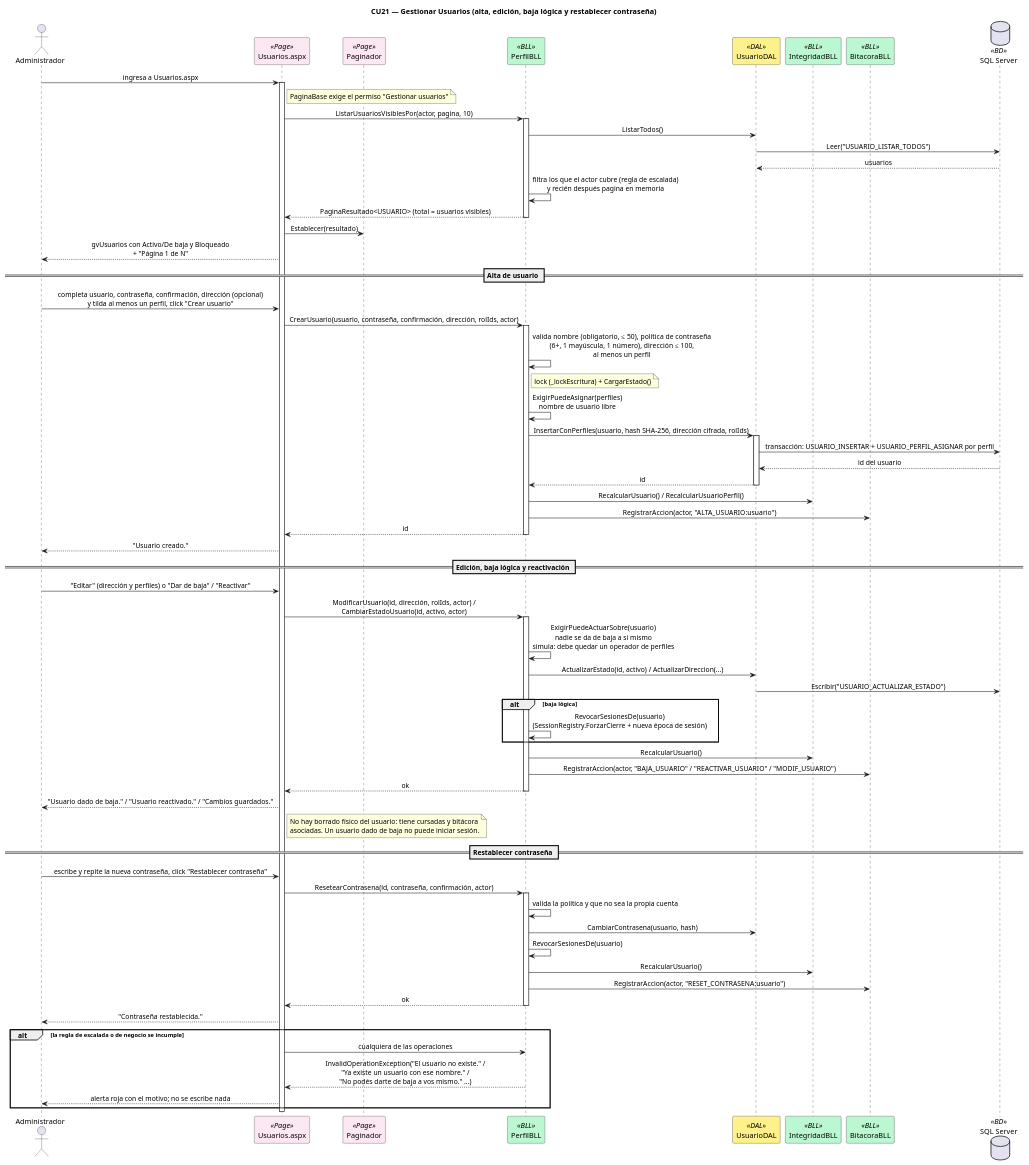
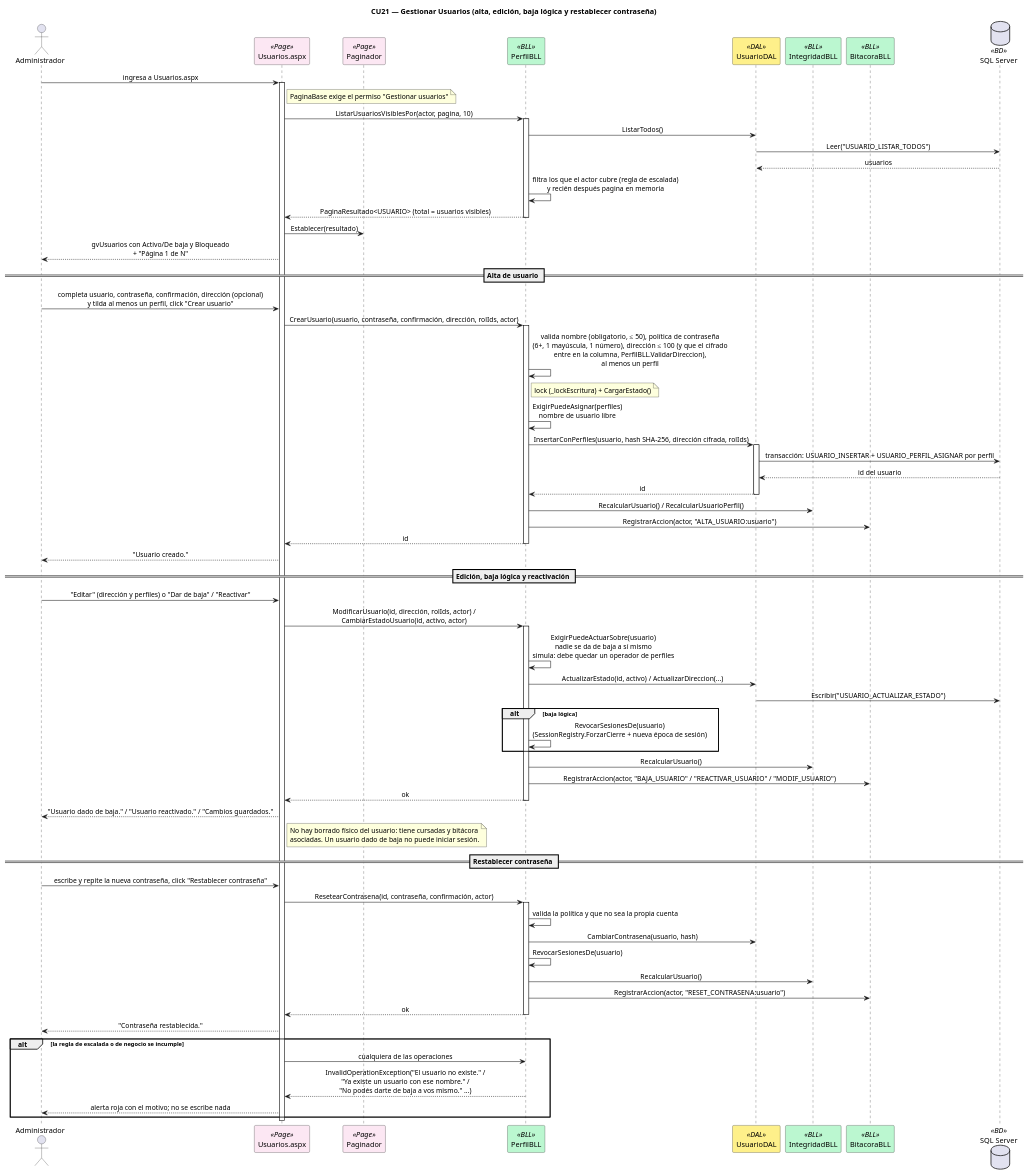
Before and after one commit to Urrels/tpDYAWeb: the diagram in DIAGRAMAS/Secuencia_CU21_GestionarUsuarios.puml, drawn with PlantUML. The commit also changed 38 other files, not shown here.

First line of the commit message:
docs(diagramas): actualizar diagramas al cifrado de datos y a los cambios de noviembre

```diff
--- a/DIAGRAMAS/Secuencia_CU21_GestionarUsuarios.puml
+++ b/DIAGRAMAS/Secuencia_CU21_GestionarUsuarios.puml
@@ -1,94 +1,94 @@
 @startuml Secuencia_CU21_GestionarUsuarios
 title CU21 — Gestionar Usuarios (alta, edición, baja lógica y restablecer contraseña)
 skinparam sequenceMessageAlign center
 skinparam shadowing false
 skinparam sequenceParticipant {
     BackgroundColor<<Page>> #FCE7F3
     BackgroundColor<<BLL>> #BBF7D0
     BackgroundColor<<DAL>> #FEF08A
     BackgroundColor<<BD>> #DBEAFE
 }
 
 actor Administrador as ADM
 participant "Usuarios.aspx" as PAGE <<Page>>
 participant "Paginador" as PAG <<Page>>
 participant "PerfilBLL" as BLL <<BLL>>
 participant "UsuarioDAL" as UDAL <<DAL>>
 participant "IntegridadBLL" as INT <<BLL>>
 participant "BitacoraBLL" as BIT <<BLL>>
 database "SQL Server" as DB <<BD>>
 
 ADM -> PAGE : ingresa a Usuarios.aspx
 activate PAGE
 note right of PAGE : PaginaBase exige el permiso "Gestionar usuarios"
 PAGE -> BLL : ListarUsuariosVisiblesPor(actor, pagina, 10)
 activate BLL
 BLL -> UDAL : ListarTodos()
 UDAL -> DB : Leer("USUARIO_LISTAR_TODOS")
 DB --> UDAL : usuarios
 BLL -> BLL : filtra los que el actor cubre (regla de escalada)\ny recién después pagina en memoria
 BLL --> PAGE : PaginaResultado<USUARIO> (total = usuarios visibles)
 deactivate BLL
 PAGE -> PAG : Establecer(resultado)
 PAGE --> ADM : gvUsuarios con Activo/De baja y Bloqueado\n+ "Página 1 de N"
 
 == Alta de usuario ==
 ADM -> PAGE : completa usuario, contraseña, confirmación, dirección (opcional)\ny tilda al menos un perfil, click "Crear usuario"
 PAGE -> BLL : CrearUsuario(usuario, contraseña, confirmación, dirección, rolIds, actor)
 activate BLL
-BLL -> BLL : valida nombre (obligatorio, ≤ 50), política de contraseña\n(6+, 1 mayúscula, 1 número), dirección ≤ 100,\nal menos un perfil
+BLL -> BLL : valida nombre (obligatorio, ≤ 50), política de contraseña\n(6+, 1 mayúscula, 1 número), dirección ≤ 100 (y que el cifrado\nentre en la columna, PerfilBLL.ValidarDireccion),\nal menos un perfil
 note right of BLL : lock (_lockEscritura) + CargarEstado()
 BLL -> BLL : ExigirPuedeAsignar(perfiles)\nnombre de usuario libre
 BLL -> UDAL : InsertarConPerfiles(usuario, hash SHA-256, dirección cifrada, rolIds)
 activate UDAL
 UDAL -> DB : transacción: USUARIO_INSERTAR + USUARIO_PERFIL_ASIGNAR por perfil
 DB --> UDAL : id del usuario
 UDAL --> BLL : id
 deactivate UDAL
 BLL -> INT : RecalcularUsuario() / RecalcularUsuarioPerfil()
 BLL -> BIT : RegistrarAccion(actor, "ALTA_USUARIO:usuario")
 BLL --> PAGE : id
 deactivate BLL
 PAGE --> ADM : "Usuario creado."
 
 == Edición, baja lógica y reactivación ==
 ADM -> PAGE : "Editar" (dirección y perfiles) o "Dar de baja" / "Reactivar"
 PAGE -> BLL : ModificarUsuario(id, dirección, rolIds, actor) /\nCambiarEstadoUsuario(id, activo, actor)
 activate BLL
 BLL -> BLL : ExigirPuedeActuarSobre(usuario)\nnadie se da de baja a sí mismo\nsimula: debe quedar un operador de perfiles
 BLL -> UDAL : ActualizarEstado(id, activo) / ActualizarDireccion(...)
 UDAL -> DB : Escribir("USUARIO_ACTUALIZAR_ESTADO")
 alt baja lógica
   BLL -> BLL : RevocarSesionesDe(usuario)\n(SessionRegistry.ForzarCierre + nueva época de sesión)
 end
 BLL -> INT : RecalcularUsuario()
 BLL -> BIT : RegistrarAccion(actor, "BAJA_USUARIO" / "REACTIVAR_USUARIO" / "MODIF_USUARIO")
 BLL --> PAGE : ok
 deactivate BLL
 PAGE --> ADM : "Usuario dado de baja." / "Usuario reactivado." / "Cambios guardados."
 note right of PAGE
   No hay borrado físico del usuario: tiene cursadas y bitácora
   asociadas. Un usuario dado de baja no puede iniciar sesión.
 end note
 
 == Restablecer contraseña ==
 ADM -> PAGE : escribe y repite la nueva contraseña, click "Restablecer contraseña"
 PAGE -> BLL : ResetearContrasena(id, contraseña, confirmación, actor)
 activate BLL
 BLL -> BLL : valida la política y que no sea la propia cuenta
 BLL -> UDAL : CambiarContrasena(usuario, hash)
 BLL -> BLL : RevocarSesionesDe(usuario)
 BLL -> INT : RecalcularUsuario()
 BLL -> BIT : RegistrarAccion(actor, "RESET_CONTRASENA:usuario")
 BLL --> PAGE : ok
 deactivate BLL
 PAGE --> ADM : "Contraseña restablecida."
 
 alt la regla de escalada o de negocio se incumple
   PAGE -> BLL : cualquiera de las operaciones
   BLL --> PAGE : InvalidOperationException("El usuario no existe." /\n"Ya existe un usuario con ese nombre." /\n"No podés darte de baja a vos mismo." ...)
   PAGE --> ADM : alerta roja con el motivo; no se escribe nada
 end
 deactivate PAGE
 
 @enduml
```
